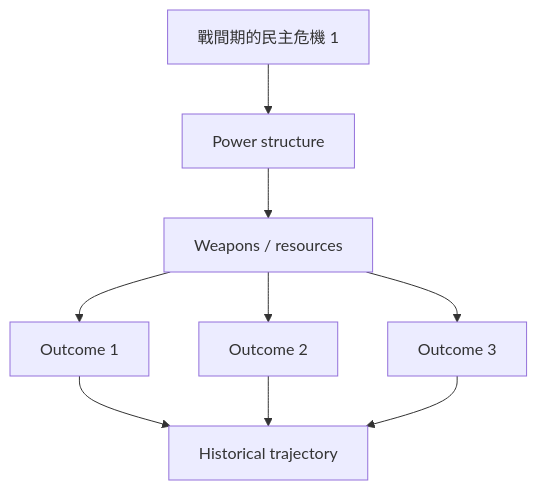
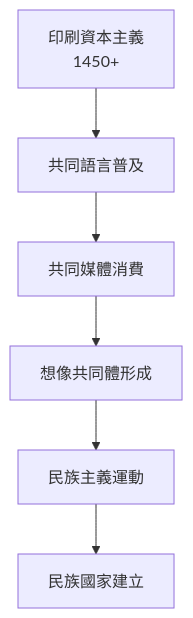
Before and after one commit to yip-lgtm/HKU-Harvard-History-Self-Study: the third of 10 diagrams in 01_HKU_Courses/HIST2063_Europe_and_modernity.md, drawn with Mermaid. The commit also changed other lines of this file and 48 other files, not shown here.

````diff
--- a/01_HKU_Courses/HIST2063_Europe_and_modernity.md
+++ b/01_HKU_Courses/HIST2063_Europe_and_modernity.md
@@ -185,11 +189,8 @@
 ```mermaid
-graph TD
-    A[戰間期的民主危機 1] --> B[Power structure]
-    B --> C[Weapons / resources]
-    C --> D[Outcome 1]
-    C --> E[Outcome 2]
-    C --> F[Outcome 3]
-    D --> G[Historical trajectory]
-    E --> G
-    F --> G
+flowchart TD
+    A[印刷資本主義<br/>1450+] --> B[共同語言普及]
+    B --> C[共同媒體消費]
+    C --> D[想像共同體形成]
+    D --> E[民族主義運動]
+    E --> F[民族國家建立]
 ```
````
